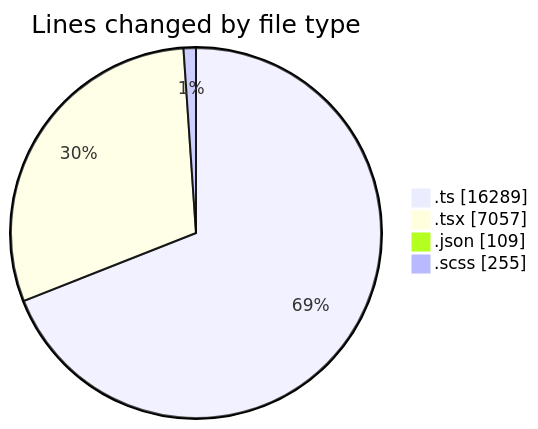
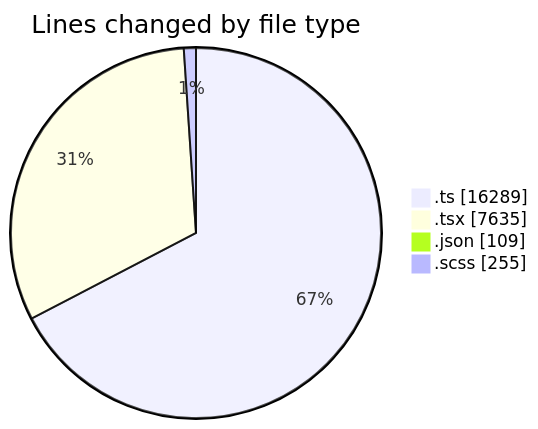
One commit to momahboobian/code-tracking changed the first of 2 diagrams in 2025-07-04/cda/README.md. Above: the diagram before and after it, drawn with Mermaid. The commit also changed other lines of this file and 1 other file, not shown here.

````diff
--- a/2025-07-04/cda/README.md
+++ b/2025-07-04/cda/README.md
@@ -44,8 +44,8 @@
 ```mermaid
 pie showData
 title Lines changed by file type
 ".ts" : 16289
-".tsx" : 7057
+".tsx" : 7635
 ".json" : 109
 ".scss" : 255
 ```
````
